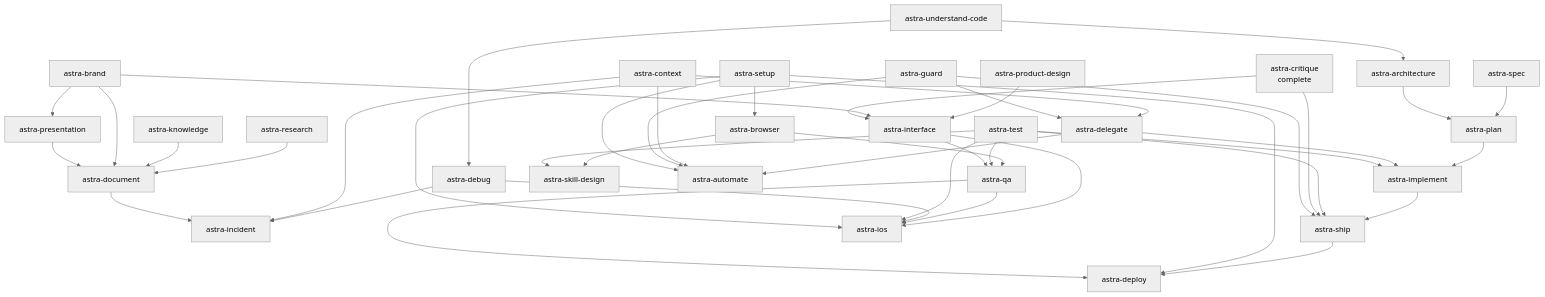
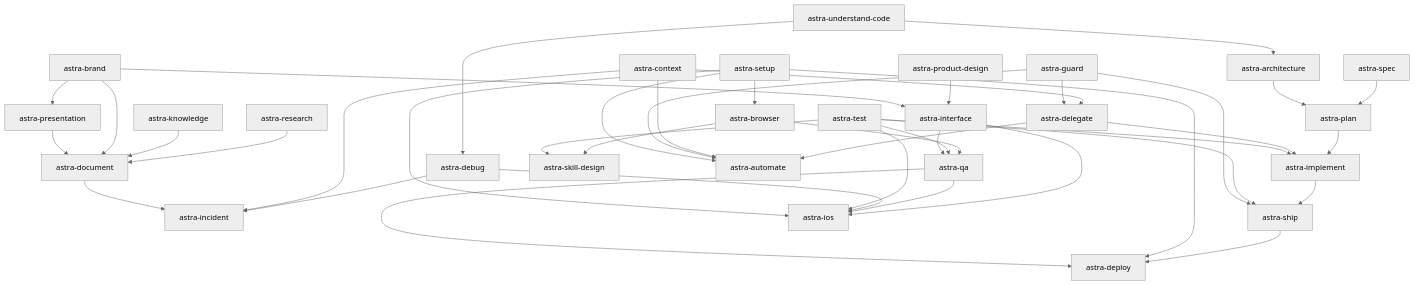
The first of 2 diagrams in docs/design-roadmap.md (KuroPhoenix/Astra-Skills), drawn with Mermaid (neutral theme) before and after one commit. The commit also changed other lines of this file and 5 other files, not shown here.

Commit message:
docs: reconcile design roadmap and phase-zero state

````diff
--- a/docs/design-roadmap.md
+++ b/docs/design-roadmap.md
@@ -81,7 +89,5 @@
 ```mermaid
 flowchart TD
-    critique["astra-critique<br/>complete"]
-
     product["astra-product-design"]
     brand["astra-brand"]
     interface["astra-interface"]
@@ -116,7 +122,6 @@
     product --> interface
     brand --> interface
     brand --> presentation
-    critique --> interface
 
     understand --> architecture
     understand --> debug
@@ -139,7 +144,6 @@
 
     implement --> ship
     test --> ship
-    critique --> ship
     guard --> ship
     ship --> deploy
     setup --> deploy
````
